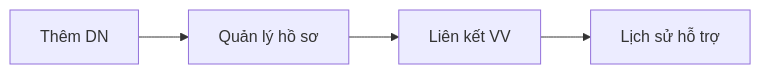
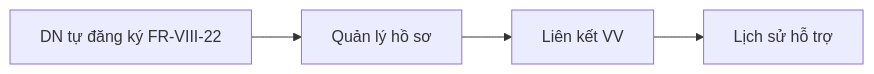
Before and after one commit to diupt2008/pm-htpldn: the first of 2 diagrams in input/srs-update-2026-5-5/srs-fr-07-doanh-nghiep.md, drawn with Mermaid. The commit also changed other lines of this file and 42 other files, not shown here.

````diff
--- a/input/srs-update-2026-5-5/srs-fr-07-doanh-nghiep.md
+++ b/input/srs-update-2026-5-5/srs-fr-07-doanh-nghiep.md
@@ -53,6 +54,6 @@
 ```mermaid
 graph LR
-    A[Thêm DN] --> B[Quản lý hồ sơ]
+    A[DN tự đăng ký FR-VIII-22] --> B[Quản lý hồ sơ]
     B --> C[Liên kết VV]
     C --> D[Lịch sử hỗ trợ]
 ```
````
